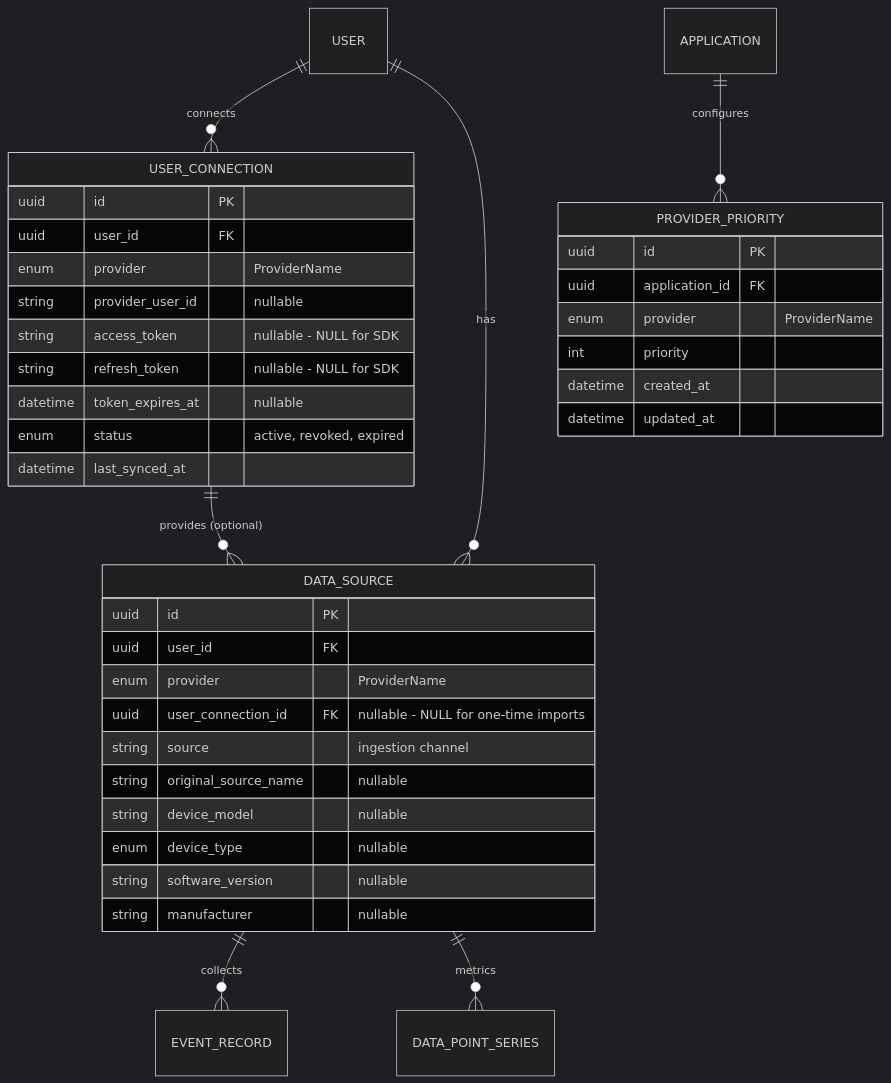
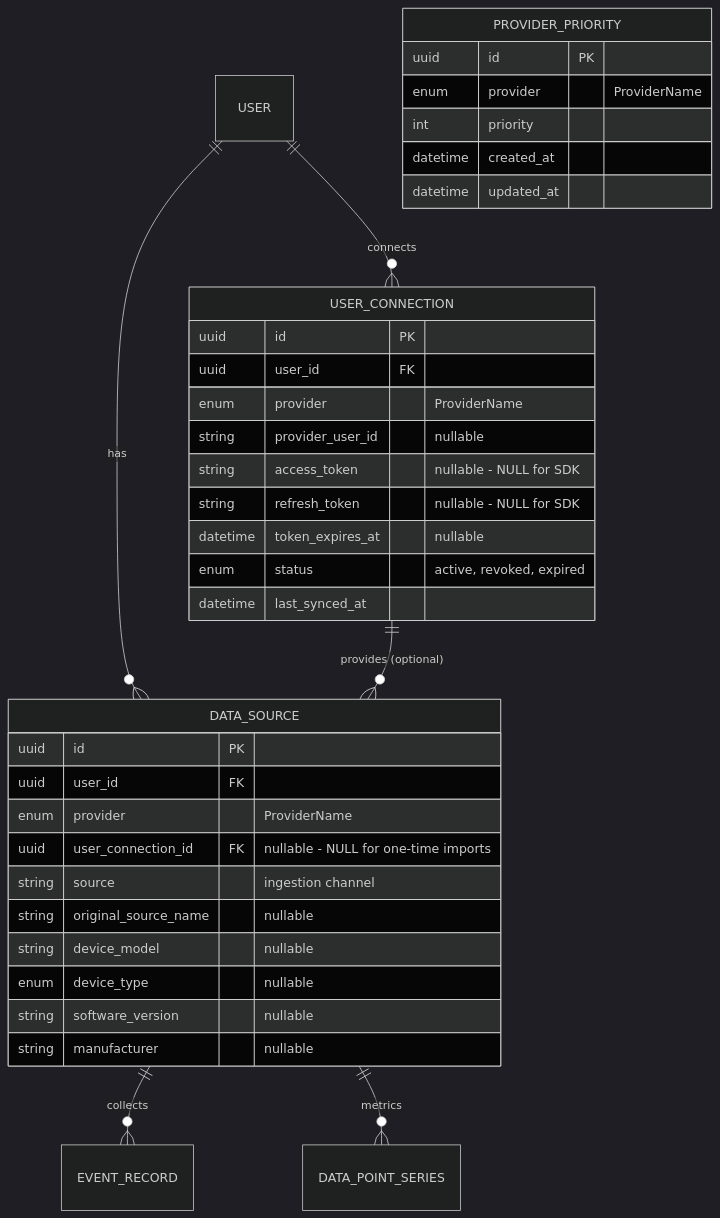
One commit to the-momentum/open-wearables changed the diagram in docs/architecture/data-source-priority.mdx. Above: the diagram before and after it, drawn with Mermaid (dark theme). The commit also changed other lines of this file, not shown here.

Commit message:
docs: remove application_id reference from priorities table

````diff
--- a/docs/architecture/data-source-priority.mdx
+++ b/docs/architecture/data-source-priority.mdx
@@ -144,45 +143,42 @@
 ```mermaid
 erDiagram
     USER ||--o{ USER_CONNECTION : "connects"
     USER ||--o{ DATA_SOURCE : "has"
     USER_CONNECTION ||--o{ DATA_SOURCE : "provides (optional)"
-    
-    APPLICATION ||--o{ PROVIDER_PRIORITY : "configures"
-    
+
     DATA_SOURCE ||--o{ EVENT_RECORD : "collects"
     DATA_SOURCE ||--o{ DATA_POINT_SERIES : "metrics"
 
     USER_CONNECTION {
         uuid id PK
         uuid user_id FK
         enum provider "ProviderName"
         string provider_user_id "nullable"
         string access_token "nullable - NULL for SDK"
         string refresh_token "nullable - NULL for SDK"
         datetime token_expires_at "nullable"
         enum status "active, revoked, expired"
         datetime last_synced_at
     }
     
     DATA_SOURCE {
         uuid id PK
         uuid user_id FK
         enum provider "ProviderName"
         uuid user_connection_id FK "nullable - NULL for one-time imports"
         string source "ingestion channel"
         string original_source_name "nullable"
         string device_model "nullable"
         enum device_type "nullable"
         string software_version "nullable"
         string manufacturer "nullable"
     }
 
     PROVIDER_PRIORITY {
         uuid id PK
-        uuid application_id FK
         enum provider "ProviderName"
         int priority
         datetime created_at
         datetime updated_at
     }
 ```
````
